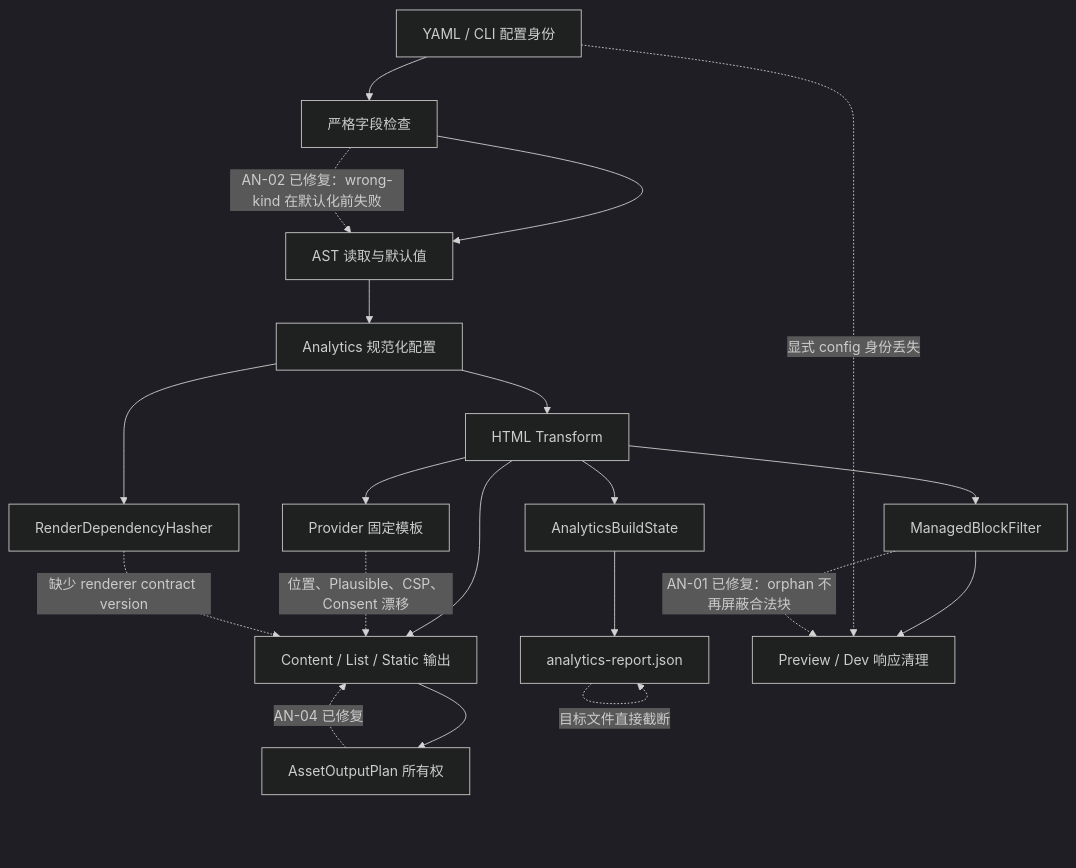
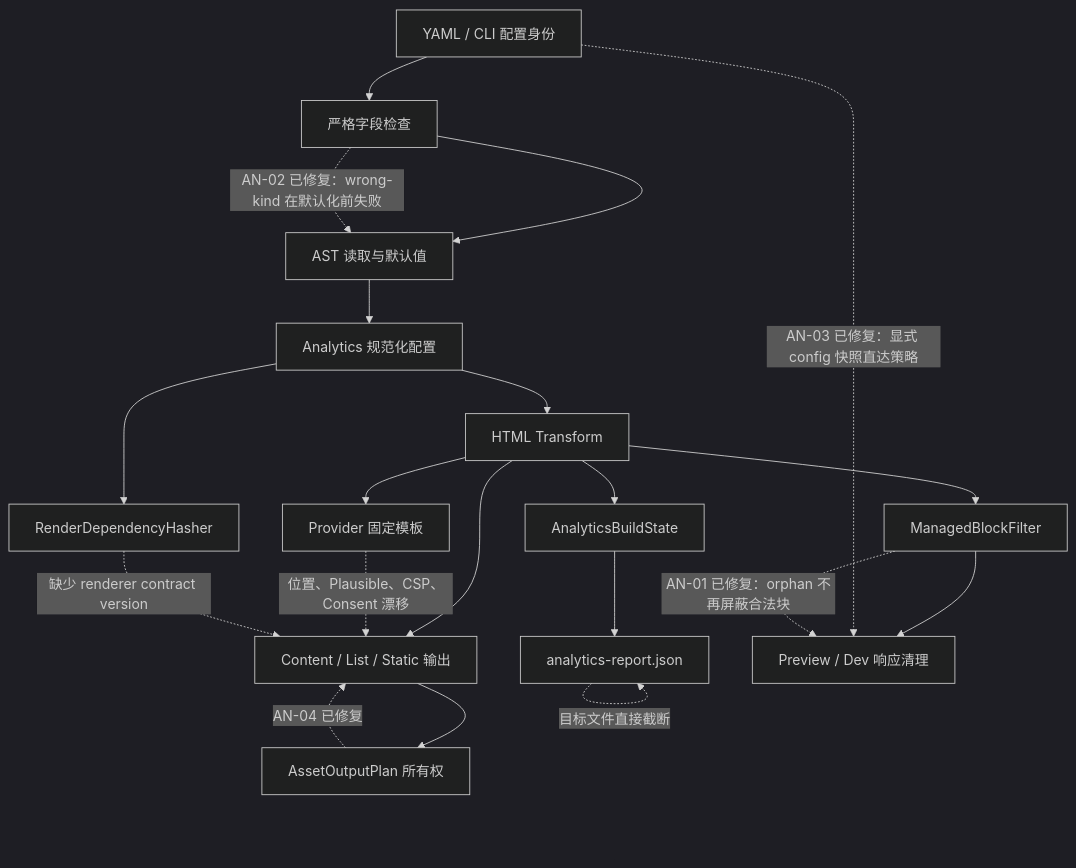
The diagram in docs/analysis/bukit-analytics-built-in-plugin-deep-audit-2026-07-18.zh-CN.md (ALi365-SDN-BHD/Bukit), drawn with Mermaid (dark theme) before and after one commit. The commit also changed other lines of this file and 3 other files, not shown here.

````diff
--- a/docs/analysis/bukit-analytics-built-in-plugin-deep-audit-2026-07-18.zh-CN.md
+++ b/docs/analysis/bukit-analytics-built-in-plugin-deep-audit-2026-07-18.zh-CN.md
@@ -77,23 +77,23 @@
 ```mermaid
 flowchart TD
     A["YAML / CLI 配置身份"] --> B["严格字段检查"]
     B --> C["AST 读取与默认值"]
     C --> D["Analytics 规范化配置"]
     D --> E["HTML Transform"]
     E --> F["ManagedBlockFilter"]
     E --> G["Provider 固定模板"]
     D --> H["RenderDependencyHasher"]
     E --> I["Content / List / Static 输出"]
     I --> J["AssetOutputPlan 所有权"]
     E --> K["AnalyticsBuildState"]
     K --> L["analytics-report.json"]
     F --> M["Preview / Dev 响应清理"]
 
     B -. "AN-02 已修复：wrong-kind 在默认化前失败" .-> C
-    A -. "显式 config 身份丢失" .-> M
+    A -. "AN-03 已修复：显式 config 快照直达策略" .-> M
     F -. "AN-01 已修复：orphan 不再屏蔽合法块" .-> M
     G -. "位置、Plausible、CSP、Consent 漂移" .-> I
     H -. "缺少 renderer contract version" .-> I
     L -. "目标文件直接截断" .-> L
     J -. "AN-04 已修复" .-> I
 ```
````
